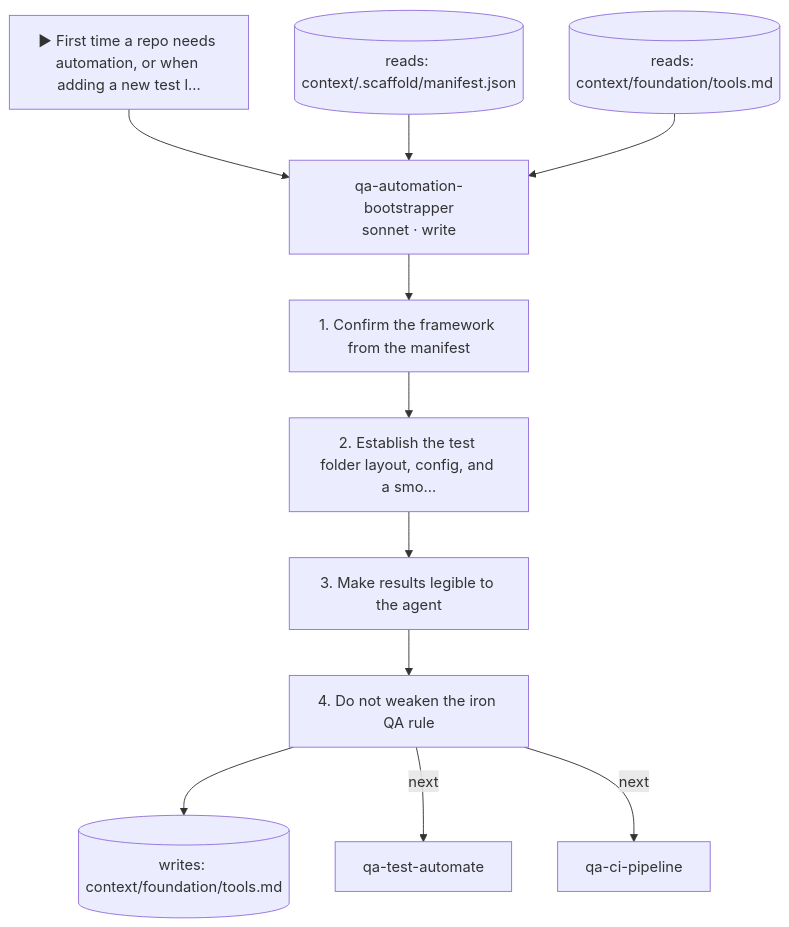
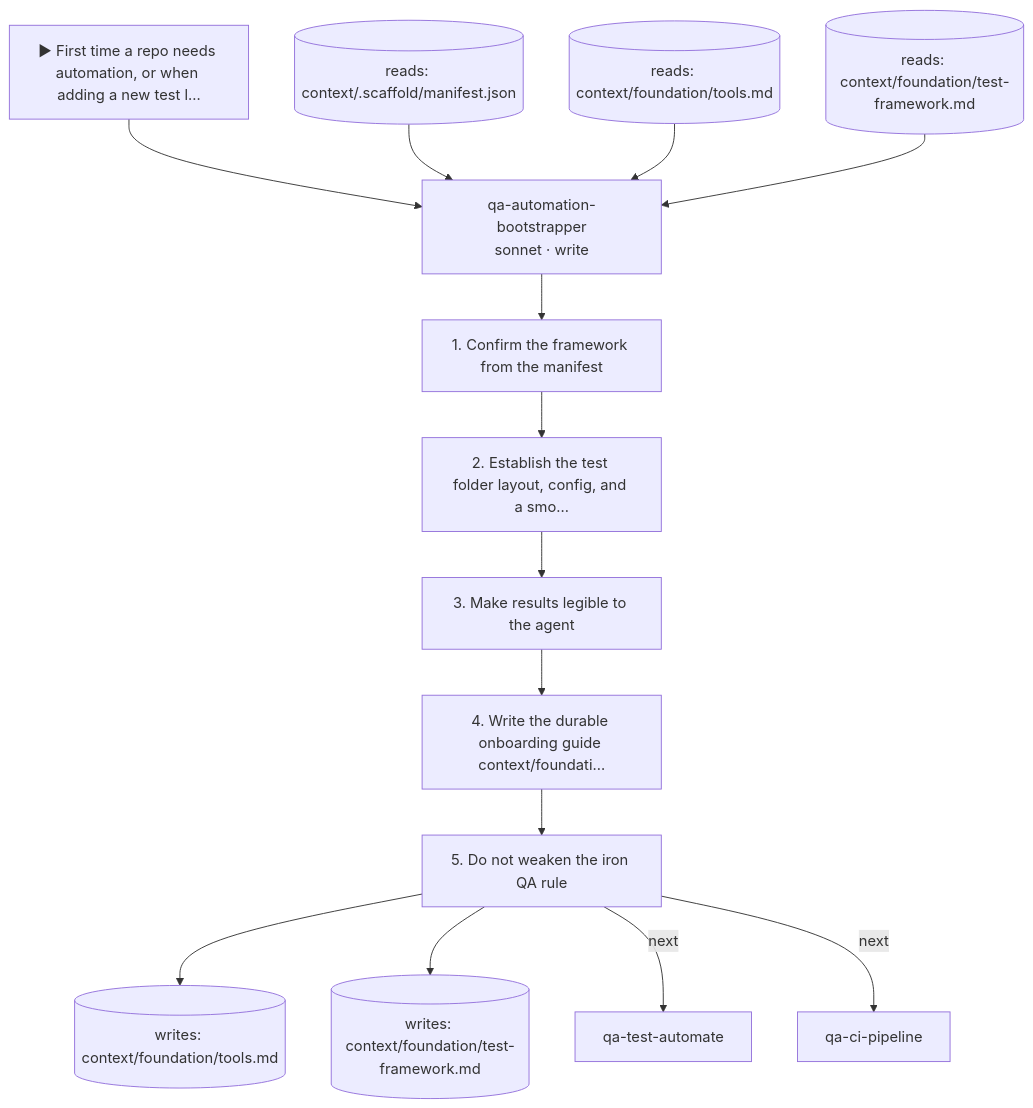
Diagram 14 of 25 in docs/skill-catalog.md (Assamir/ai-process-orchestration), drawn with Mermaid before and after one commit. The commit also changed other lines of this file and 20 other files, not shown here.

````diff
--- a/docs/skill-catalog.md
+++ b/docs/skill-catalog.md
@@ -466,22 +478,28 @@
 ```mermaid
 flowchart TD
   trig["▶ First time a repo needs automation, or when adding a new test l…"]
   qa_automation_bootstrapper["qa-automation-bootstrapper<br/>sonnet · write"]
   trig --> qa_automation_bootstrapper
   r0[("reads: context/.scaffold/manifest.json")]
   r0 --> qa_automation_bootstrapper
   r1[("reads: context/foundation/tools.md")]
   r1 --> qa_automation_bootstrapper
+  r2[("reads: context/foundation/test-framework.md")]
+  r2 --> qa_automation_bootstrapper
   s0["1. Confirm the framework from the manifest"]
   qa_automation_bootstrapper --> s0
   s1["2. Establish the test folder layout, config, and a smo…"]
   s0 --> s1
   s2["3. Make results legible to the agent"]
   s1 --> s2
-  s3["4. Do not weaken the iron QA rule"]
+  s3["4. Write the durable onboarding guide context/foundati…"]
   s2 --> s3
+  s4["5. Do not weaken the iron QA rule"]
+  s3 --> s4
   w0[("writes: context/foundation/tools.md")]
-  s3 --> w0
-  s3 -->|next| qa_test_automate["qa-test-automate"]
-  s3 -->|next| qa_ci_pipeline["qa-ci-pipeline"]
+  s4 --> w0
+  w1[("writes: context/foundation/test-framework.md")]
+  s4 --> w1
+  s4 -->|next| qa_test_automate["qa-test-automate"]
+  s4 -->|next| qa_ci_pipeline["qa-ci-pipeline"]
 ```
````
